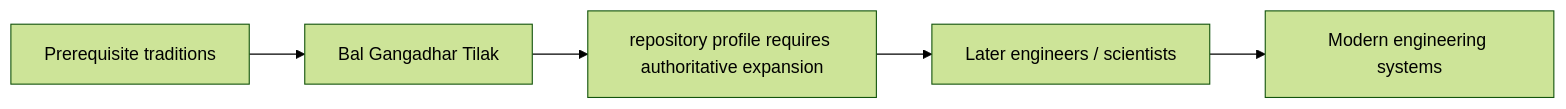
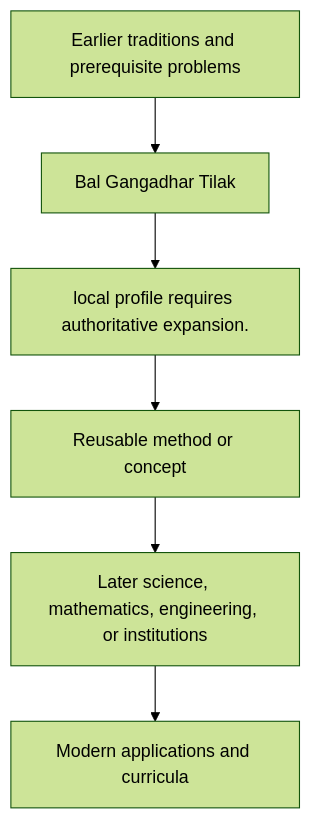
The diagram in docs/history/bal-gangadhar-tilak/influence.md (via-decide/ViaLogic), drawn with Mermaid (forest theme) before and after one commit. The commit also changed other lines of this file and 858 other files, not shown here.

````diff
--- a/docs/history/bal-gangadhar-tilak/influence.md
+++ b/docs/history/bal-gangadhar-tilak/influence.md
@@ -29,7 +16,8 @@
 ```mermaid
-graph LR
-  prerequisites["Prerequisite traditions"] --> current["Bal Gangadhar Tilak"]
-  current --> contribution["repository profile requires authoritative expansion"]
-  contribution --> successors["Later engineers / scientists"]
-  successors --> modern["Modern engineering systems"]
+graph TD
+  Prior[Earlier traditions and prerequisite problems] --> Person[Bal Gangadhar Tilak]
+  Person --> Contribution[local profile requires authoritative expansion.]
+  Contribution --> Method[Reusable method or concept]
+  Method --> Later[Later science, mathematics, engineering, or institutions]
+  Later --> Modern[Modern applications and curricula]
 ```
````
